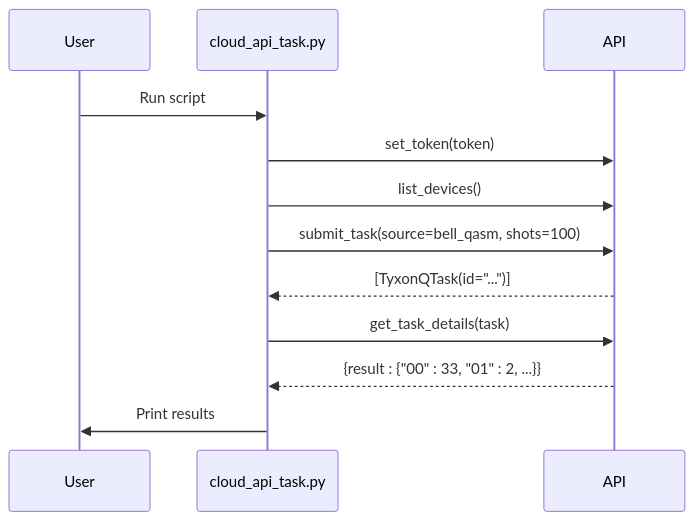
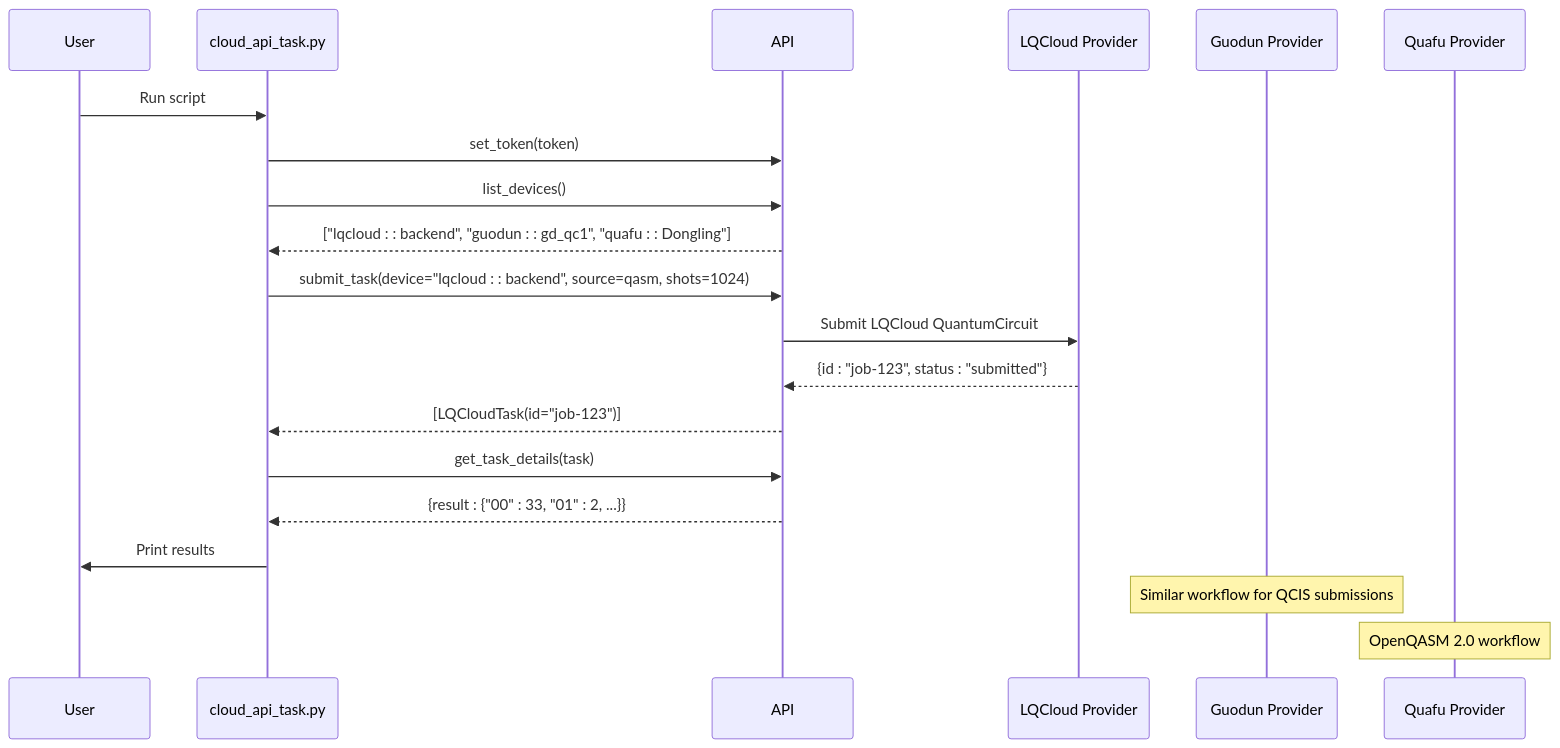
The eighth of 8 diagrams in .qoder/repowiki/en/content/API Reference/Devices API/Hardware Drivers/Hardware Drivers.md (QureGenAI-Biotech/TyxonQ), drawn with Mermaid before and after one commit. The commit also changed other lines of this file and 516 other files, not shown here.

````diff
--- a/.qoder/repowiki/en/content/API Reference/Devices API/Hardware Drivers/Hardware Drivers.md
+++ b/.qoder/repowiki/en/content/API Reference/Devices API/Hardware Drivers/Hardware Drivers.md
@@ -224,14 +316,22 @@
 ```mermaid
 sequenceDiagram
 participant User
 participant Example as cloud_api_task.py
 participant API
+participant LQCloud as LQCloud Provider
+participant Guodun as Guodun Provider
+participant Quafu as Quafu Provider
 User->>Example : Run script
 Example->>API : set_token(token)
 Example->>API : list_devices()
-Example->>API : submit_task(source=bell_qasm, shots=100)
-API-->>Example : [TyxonQTask(id="...")]
+API-->>Example : ["lqcloud : : backend", "guodun : : gd_qc1", "quafu : : Dongling"]
+Example->>API : submit_task(device="lqcloud : : backend", source=qasm, shots=1024)
+API->>LQCloud : Submit LQCloud QuantumCircuit
+LQCloud-->>API : {id : "job-123", status : "submitted"}
+API-->>Example : [LQCloudTask(id="job-123")]
 Example->>API : get_task_details(task)
 API-->>Example : {result : {"00" : 33, "01" : 2, ...}}
 Example->>User : Print results
+Note over Guodun : Similar workflow for QCIS submissions
+Note over Quafu : OpenQASM 2.0 workflow
 ```
````
